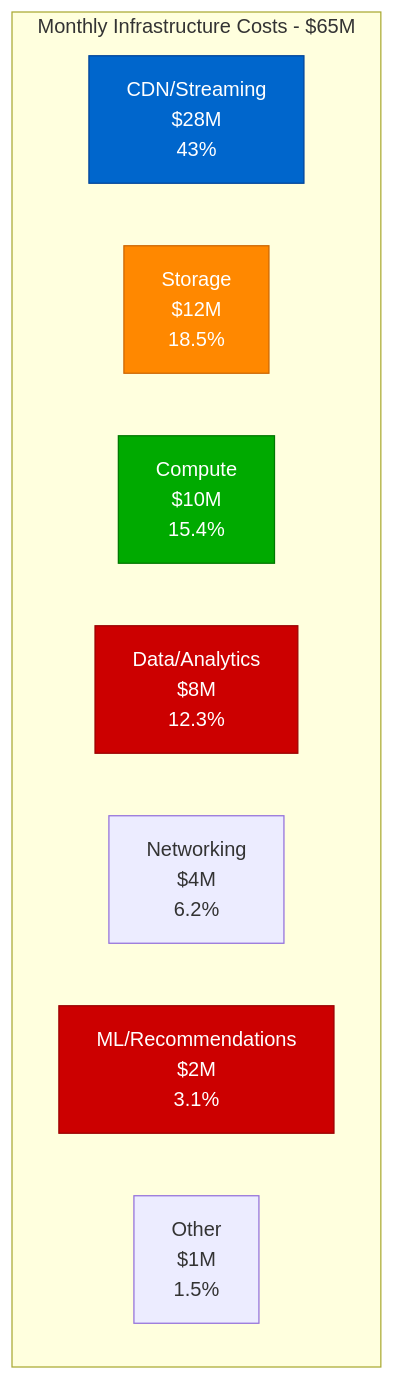
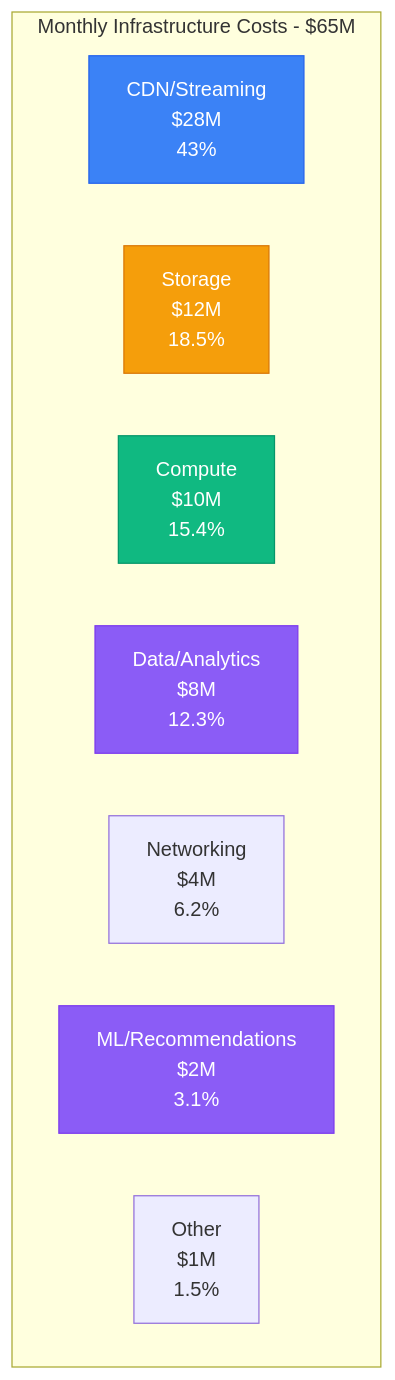
Before and after one commit to deepaucksharma/DS: the first of 9 diagrams in site/docs/costs/spotify-infrastructure-breakdown.md, drawn with Mermaid. The commit also changed other lines of this file and 303 other files, not shown here.

````diff
--- a/site/docs/costs/spotify-infrastructure-breakdown.md
+++ b/site/docs/costs/spotify-infrastructure-breakdown.md
@@ -9,23 +9,23 @@
 ```mermaid
 graph TB
     subgraph CostBreakdown[Monthly Infrastructure Costs - $65M]
         CDN[CDN/Streaming<br/>$28M<br/>43%]
         STORAGE[Storage<br/>$12M<br/>18.5%]
         COMPUTE[Compute<br/>$10M<br/>15.4%]
         DATA[Data/Analytics<br/>$8M<br/>12.3%]
         NETWORK[Networking<br/>$4M<br/>6.2%]
         ML[ML/Recommendations<br/>$2M<br/>3.1%]
         OTHER[Other<br/>$1M<br/>1.5%]
     end
 
     %% Apply colors
-    classDef cdnStyle fill:#0066CC,stroke:#004499,color:#fff
-    classDef storageStyle fill:#FF8800,stroke:#CC6600,color:#fff
-    classDef computeStyle fill:#00AA00,stroke:#007700,color:#fff
-    classDef dataStyle fill:#CC0000,stroke:#990000,color:#fff
+    classDef cdnStyle fill:#3B82F6,stroke:#2563EB,color:#fff
+    classDef storageStyle fill:#F59E0B,stroke:#D97706,color:#fff
+    classDef computeStyle fill:#10B981,stroke:#059669,color:#fff
+    classDef dataStyle fill:#8B5CF6,stroke:#7C3AED,color:#fff
 
     class CDN cdnStyle
     class STORAGE storageStyle
     class COMPUTE computeStyle
     class DATA,ML dataStyle
 ```
````
